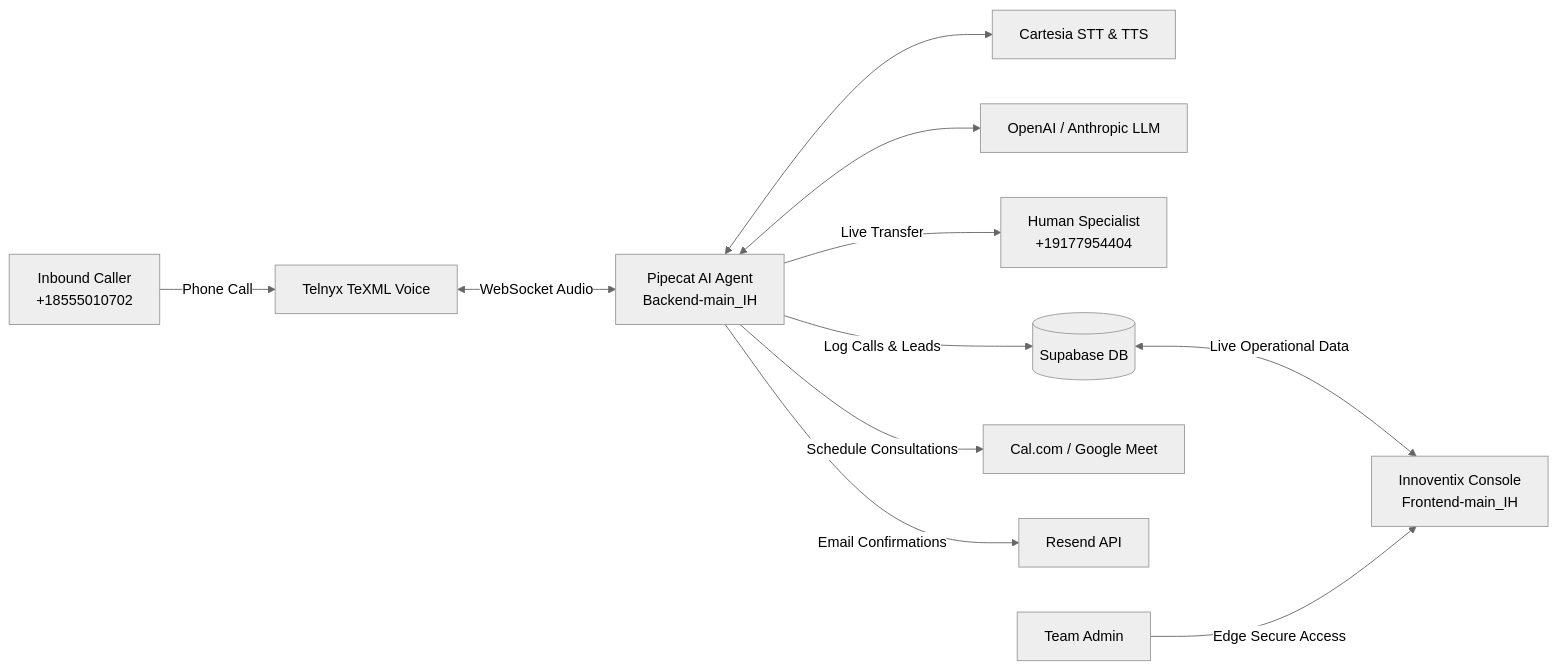
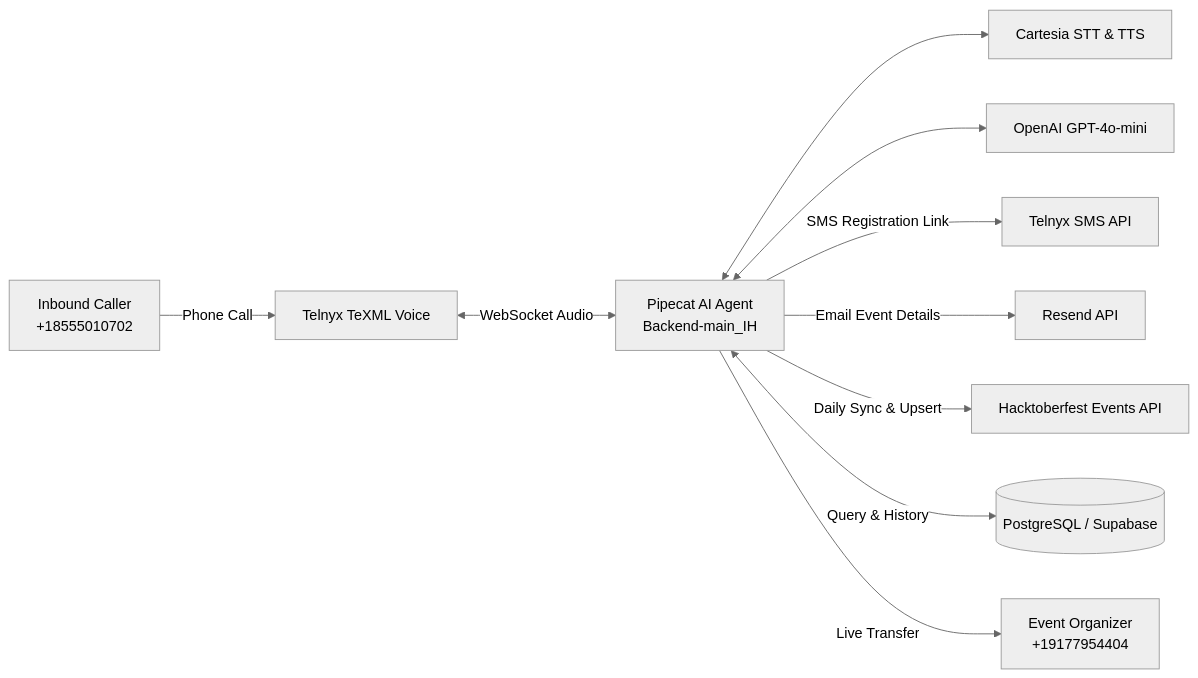
The diagram in README.md (Urk-Khan/HackWhisper), drawn with Mermaid (neutral theme) before and after one commit. The commit also changed other lines of this file and 16 other files, not shown here.

Commit message:
feat: migrate to HackWhisper AI Hacktoberfest voice agent, add events API sync, remove calendar

````diff
--- a/README.md
+++ b/README.md
@@ -29,13 +30,12 @@
 ```mermaid
 flowchart LR
     Caller[Inbound Caller<br/>+18555010702] -->|Phone Call| Telnyx[Telnyx TeXML Voice]
     Telnyx <-->|WebSocket Audio| Bot[Pipecat AI Agent<br/>Backend-main_IH]
     Bot <--> Cartesia[Cartesia STT & TTS]
-    Bot <--> LLM[OpenAI / Anthropic LLM]
-    Bot -->|Live Transfer| Human[Human Specialist<br/>+19177954404]
-    Bot -->|Log Calls & Leads| DB[(Supabase DB)]
-    Bot -->|Schedule Consultations| Cal[Cal.com / Google Meet]
-    Bot -->|Email Confirmations| Email[Resend API]
-    DB <-->|Live Operational Data| Dashboard[Innoventix Console<br/>Frontend-main_IH]
-    Admin[Team Admin] -->|Edge Secure Access| Dashboard
+    Bot <--> LLM[OpenAI GPT-4o-mini]
+    Bot -->|SMS Registration Link| SMS[Telnyx SMS API]
+    Bot -->|Email Event Details| Email[Resend API]
+    Bot -->|Daily Sync & Upsert| API[Hacktoberfest Events API]
+    Bot <-->|Query & History| DB[(PostgreSQL / Supabase)]
+    Bot -->|Live Transfer| Human[Event Organizer<br/>+19177954404]
 ```
````
